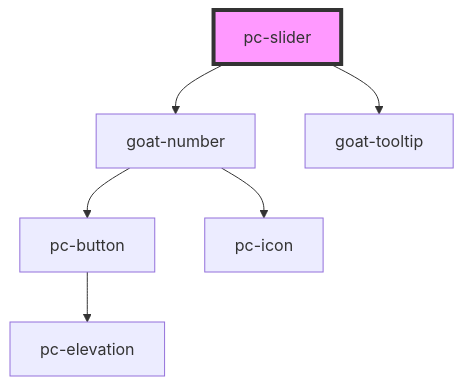
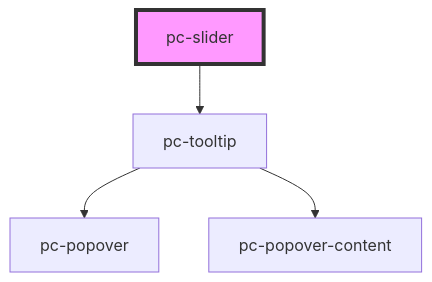
Before and after one commit to redvars/peacock: the diagram in src/components/input-controls/slider/readme.md, drawn with Mermaid. The commit also changed other lines of this file and 299 other files, not shown here.

````diff
--- a/src/components/input-controls/slider/readme.md
+++ b/src/components/input-controls/slider/readme.md
@@ -77,9 +76,7 @@
 ```mermaid
 graph TD;
-  pc-slider --> goat-number
-  pc-slider --> goat-tooltip
-  goat-number --> pc-button
-  goat-number --> pc-icon
-  pc-button --> pc-elevation
+  pc-slider --> pc-tooltip
+  pc-tooltip --> pc-popover
+  pc-tooltip --> pc-popover-content
   style pc-slider fill:#f9f,stroke:#333,stroke-width:4px
 ```
````
